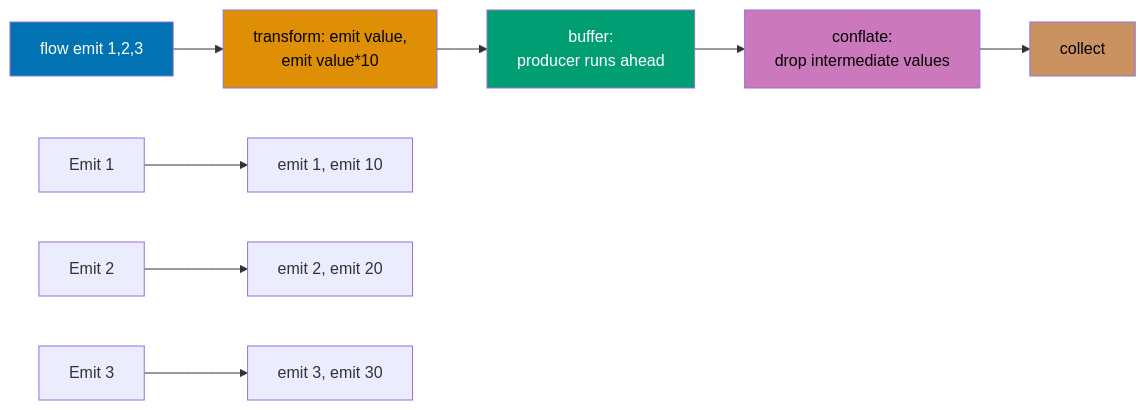
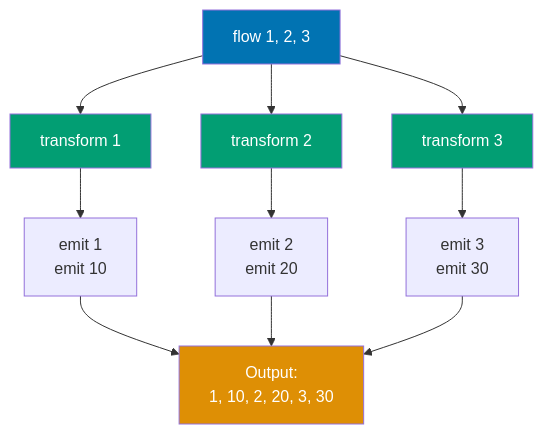
The sixth of 16 diagrams in apps/ayokoding-web/content/en/learn/software-engineering/programming-languages/kotlin/tutorials/by-example/intermediate.md (wahidyankf/open-sharia-enterprise), drawn with Mermaid before and after one commit. The commit also changed other lines of this file and 86 other files, not shown here.

First line of the commit message:
feat(diagrams): implement TD default layout and diagram splitting for mobile

````diff
--- a/apps/ayokoding-web/content/en/learn/software-engineering/programming-languages/kotlin/tutorials/by-example/intermediate.md
+++ b/apps/ayokoding-web/content/en/learn/software-engineering/programming-languages/kotlin/tutorials/by-example/intermediate.md
@@ -416,18 +438,22 @@
 ```mermaid
-%% Flow operators pipeline showing transformation stages
-graph LR
-    Source[flow emit 1,2,3] --> Transform[transform: emit value,<br/>emit value*10]
-    Transform --> Buffer[buffer:<br/>producer runs ahead]
-    Buffer --> Conflate[conflate:<br/>drop intermediate values]
-    Conflate --> Collect[collect]
+%% Color Palette: Blue #0173B2, Orange #DE8F05, Teal #029E73, Purple #CC78BC, Brown #CA9161
+graph TD
+    Flow[flow 1, 2, 3]
+    Flow --> T1[transform 1]
+    Flow --> T2[transform 2]
+    Flow --> T3[transform 3]
 
-    Source2[Emit 1] --> Trans1[emit 1, emit 10]
-    Source3[Emit 2] --> Trans2[emit 2, emit 20]
-    Source4[Emit 3] --> Trans3[emit 3, emit 30]
+    T1 --> E1[emit 1<br/>emit 10]
+    T2 --> E2[emit 2<br/>emit 20]
+    T3 --> E3[emit 3<br/>emit 30]
 
-    style Source fill:#0173B2,color:#fff
-    style Transform fill:#DE8F05,color:#000
-    style Buffer fill:#029E73,color:#fff
-    style Conflate fill:#CC78BC,color:#000
-    style Collect fill:#CA9161,color:#000
+    E1 --> Result[Output:<br/>1, 10, 2, 20, 3, 30]
+    E2 --> Result
+    E3 --> Result
+
+    style Flow fill:#0173B2,color:#fff
+    style T1 fill:#029E73,color:#fff
+    style T2 fill:#029E73,color:#fff
+    style T3 fill:#029E73,color:#fff
+    style Result fill:#DE8F05,color:#fff
 ```
````
